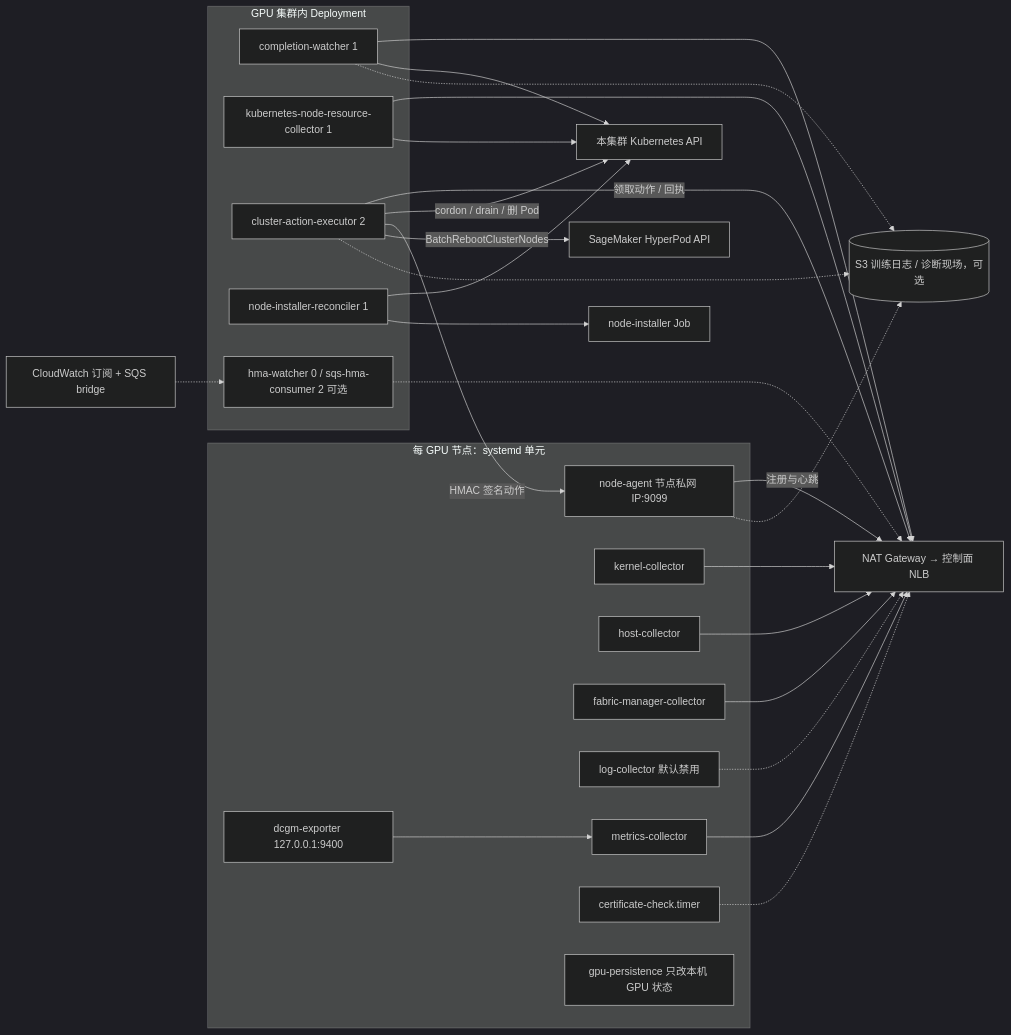
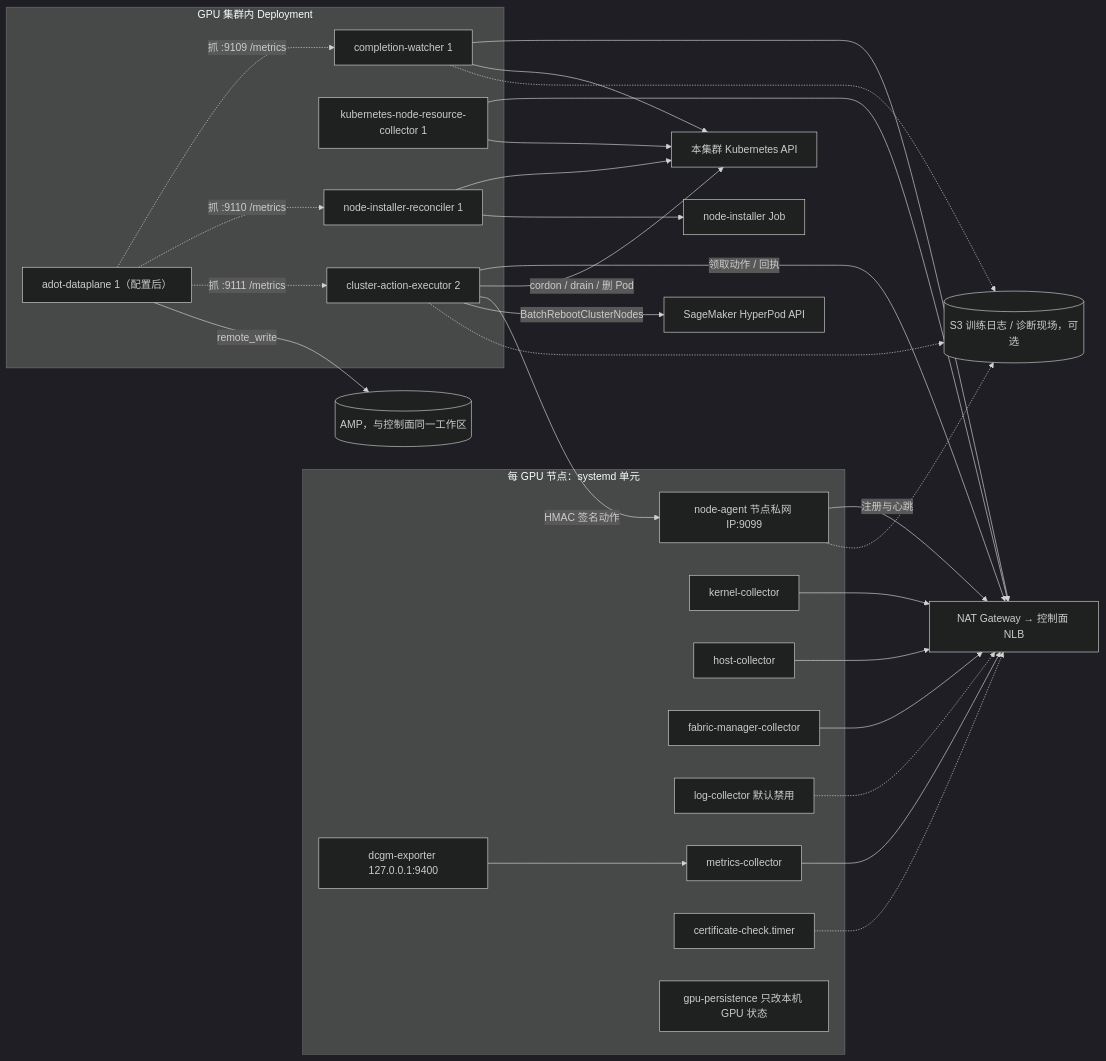
The fourth of 8 diagrams in docs/概要设计.md (yuhuiaws/GPU-Fault-Recovery-System), drawn with Mermaid (dark theme) before and after one commit. The commit also changed other lines of this file and 2461 other files, not shown here.

````diff
--- a/docs/概要设计.md
+++ b/docs/概要设计.md
@@ -435,54 +435,56 @@
 ```mermaid
 flowchart LR
     subgraph NODE["每 GPU 节点：systemd 单元"]
         DE["dcgm-exporter 127.0.0.1:9400"]
         MC["metrics-collector"]
         KC["kernel-collector"]
         HC["host-collector"]
         FC["fabric-manager-collector"]
         LC["log-collector 默认禁用"]
         NA["node-agent 节点私网 IP:9099"]
         CT["certificate-check.timer"]
         GP["gpu-persistence 只改本机 GPU 状态"]
         DE --> MC
     end
 
     subgraph GDEP["GPU 集群内 Deployment"]
         CW["completion-watcher 1"]
         NRC["kubernetes-node-resource-collector 1"]
         CAE["cluster-action-executor 2"]
         NIR["node-installer-reconciler 1"]
-        HMA["hma-watcher 0 / sqs-hma-consumer 2 可选"]
+        ADP["adot-dataplane 1（配置后）"]
     end
 
     KAPI["本集群 Kubernetes API"]
     JOB["node-installer Job"]
     NATGW["NAT Gateway → 控制面 NLB"]
     S3[("S3 训练日志 / 诊断现场，可选")]
     HPAPI["SageMaker HyperPod API"]
-    CWSQS["CloudWatch 订阅 + SQS bridge"]
+    AMPW[("AMP，与控制面同一工作区")]
 
     MC --> NATGW
     KC --> NATGW
     HC --> NATGW
     FC --> NATGW
     LC -.-> NATGW
     NA -- "注册与心跳" --> NATGW
     CT -.-> NATGW
     CW --> NATGW
     NRC --> NATGW
     CAE -- "领取动作 / 回执" --> NATGW
-    HMA -.-> NATGW
 
     CW --> KAPI
     NRC --> KAPI
     NIR --> KAPI
     NIR --> JOB
     CAE -- "cordon / drain / 删 Pod" --> KAPI
     CAE -- "HMAC 签名动作" --> NA
     CAE -- "BatchRebootClusterNodes" --> HPAPI
     CAE -.-> S3
     CW -.-> S3
     NA -.-> S3
-    CWSQS -.-> HMA
+    ADP -. "抓 :9109 /metrics" .-> CW
+    ADP -. "抓 :9110 /metrics" .-> NIR
+    ADP -. "抓 :9111 /metrics" .-> CAE
+    ADP -- "remote_write" --> AMPW
 ```
````
